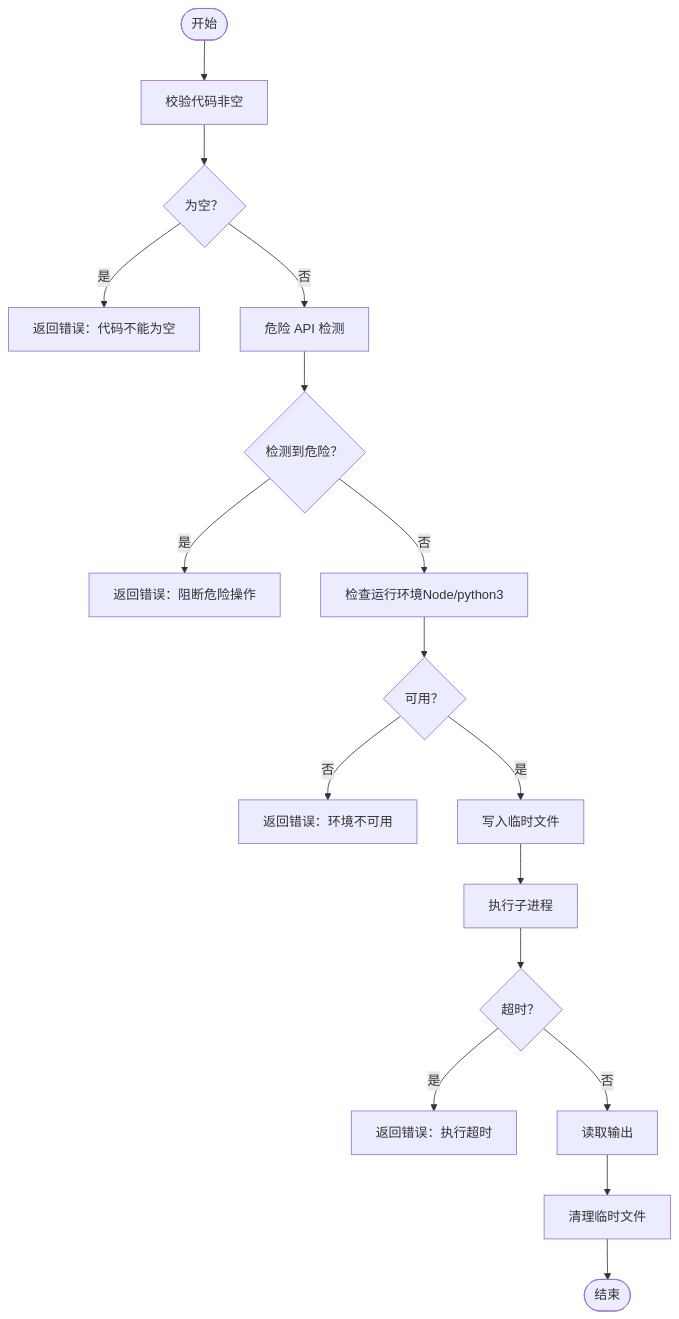
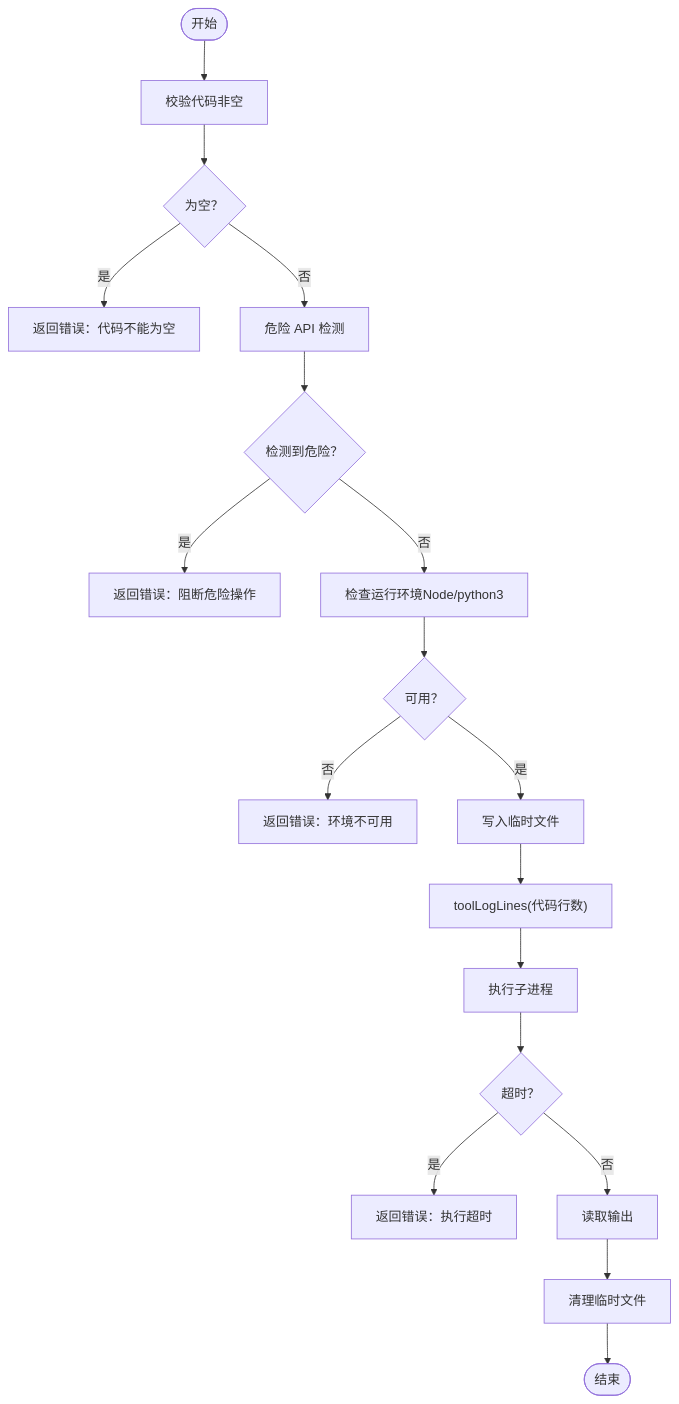
The fifth of 7 diagrams in .qoder/repowiki/zh/content/技能系统/技能系统.md (HAOFUYANG/onion-code), drawn with Mermaid before and after one commit. The commit also changed other lines of this file and 5 other files, not shown here.

````diff
--- a/.qoder/repowiki/zh/content/技能系统/技能系统.md
+++ b/.qoder/repowiki/zh/content/技能系统/技能系统.md
@@ -227,19 +265,20 @@
 ```mermaid
 flowchart TD
 Start(["开始"]) --> Validate["校验代码非空"]
 Validate --> Empty{"为空？"}
 Empty --> |是| ErrEmpty["返回错误：代码不能为空"]
 Empty --> |否| Scan["危险 API 检测"]
 Scan --> Unsafe{"检测到危险？"}
 Unsafe --> |是| Block["返回错误：阻断危险操作"]
 Unsafe --> |否| CheckEnv["检查运行环境Node/python3"]
 CheckEnv --> EnvOK{"可用？"}
 EnvOK --> |否| ErrEnv["返回错误：环境不可用"]
 EnvOK --> |是| WriteTmp["写入临时文件"]
-WriteTmp --> Exec["执行子进程"]
+WriteTmp --> LogLines["toolLogLines(代码行数)"]
+LogLines --> Exec["执行子进程"]
 Exec --> Timeout{"超时？"}
 Timeout --> |是| ErrTO["返回错误：执行超时"]
 Timeout --> |否| ReadOut["读取输出"]
 ReadOut --> Cleanup["清理临时文件"]
 Cleanup --> Done(["结束"])
 ```
````
